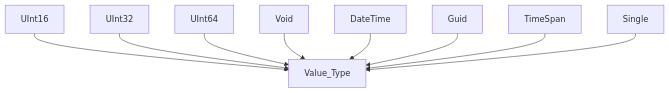
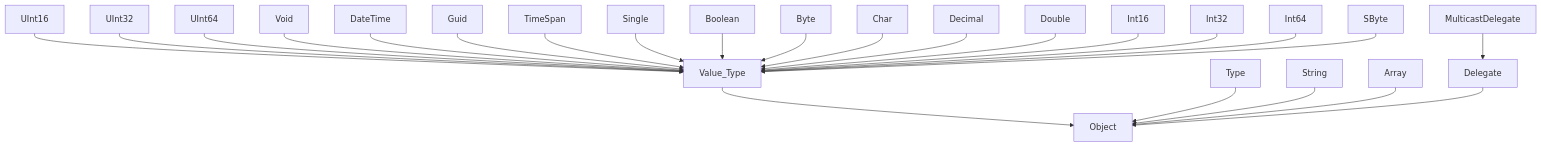
One commit to nevadoapps/Learning changed the diagram in docs/CSharp_Main.md. Above: the diagram before and after it, drawn with Mermaid.

````diff
--- a/docs/CSharp_Main.md
+++ b/docs/CSharp_Main.md
@@ -129,11 +129,26 @@
 ```mermaid
 graph TD;
 UInt16-->Value_Type;
 UInt32-->Value_Type;
 UInt64-->Value_Type;
 Void-->Value_Type;
 DateTime-->Value_Type;
 Guid-->Value_Type;
 TimeSpan-->Value_Type;
 Single-->Value_Type;
+Boolean-->Value_Type;
+Byte-->Value_Type;
+Char-->Value_Type;
+Decimal-->Value_Type;
+Double-->Value_Type;
+Int16-->Value_Type;
+Int32-->Value_Type;
+Int64-->Value_Type;
+SByte-->Value_Type;
+Value_Type-->Object;
+Type-->Object;
+String-->Object;
+Array-->Object;
+Delegate-->Object;
+MulticastDelegate-->Delegate;
 ```
````
